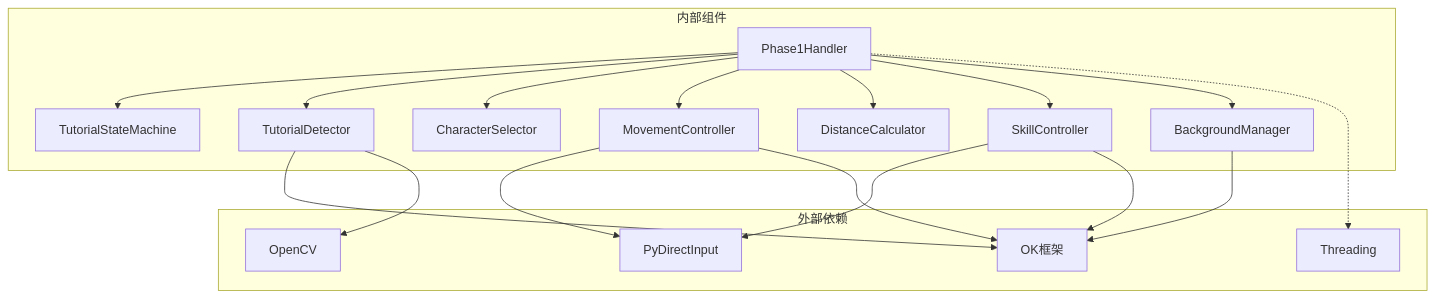
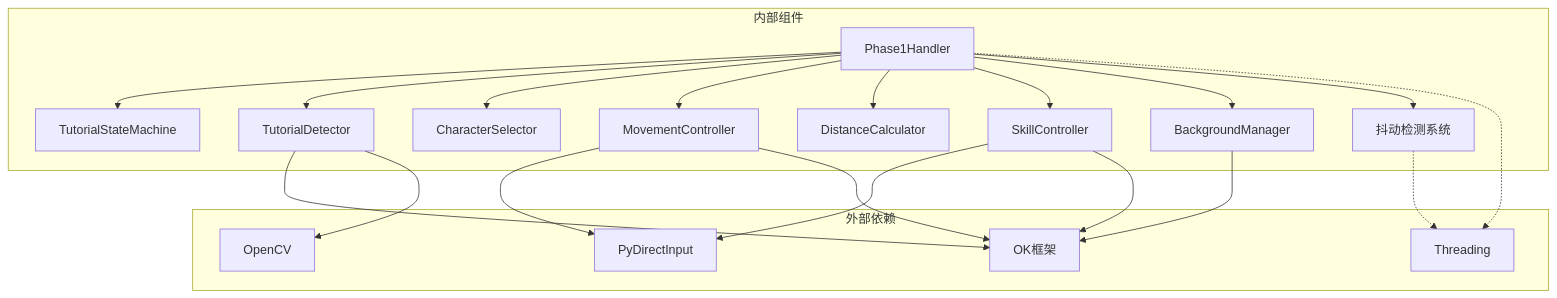
One commit to xsy098-max/ok-jump changed the fifth of 5 diagrams in .qoder/repowiki/zh/content/Tutorial Phase1 Handler.md. Above: the diagram before and after it, drawn with Mermaid. The commit also changed other lines of this file and 14 other files, not shown here.

````diff
--- a/.qoder/repowiki/zh/content/Tutorial Phase1 Handler.md
+++ b/.qoder/repowiki/zh/content/Tutorial Phase1 Handler.md
@@ -292,34 +380,37 @@
 ```mermaid
 graph TD
 subgraph "外部依赖"
 OK[OK框架]
 CV[OpenCV]
 PY[PyDirectInput]
 TH[Threading]
 end
 subgraph "内部组件"
 PH[Phase1Handler]
 SM[TutorialStateMachine]
 TD[TutorialDetector]
 CS[CharacterSelector]
 MC[MovementController]
 DC[DistanceCalculator]
 SC[SkillController]
 BM[BackgroundManager]
+JDS[抖动检测系统]
 end
 PH --> SM
 PH --> TD
 PH --> CS
 PH --> MC
 PH --> DC
 PH --> SC
 PH --> BM
+PH --> JDS
 TD --> OK
 TD --> CV
 MC --> PY
 MC --> OK
 SC --> PY
 SC --> OK
 BM --> OK
 PH -.-> TH
+JDS -.-> TH
 ```
````
